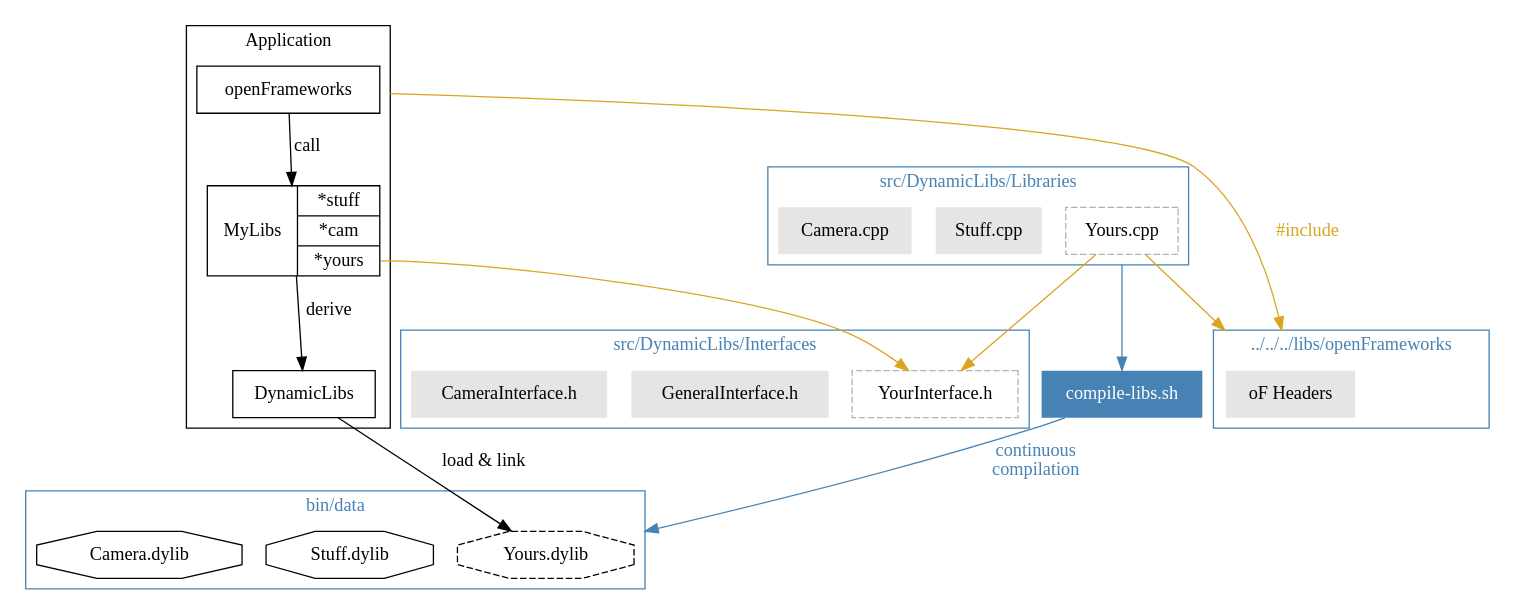
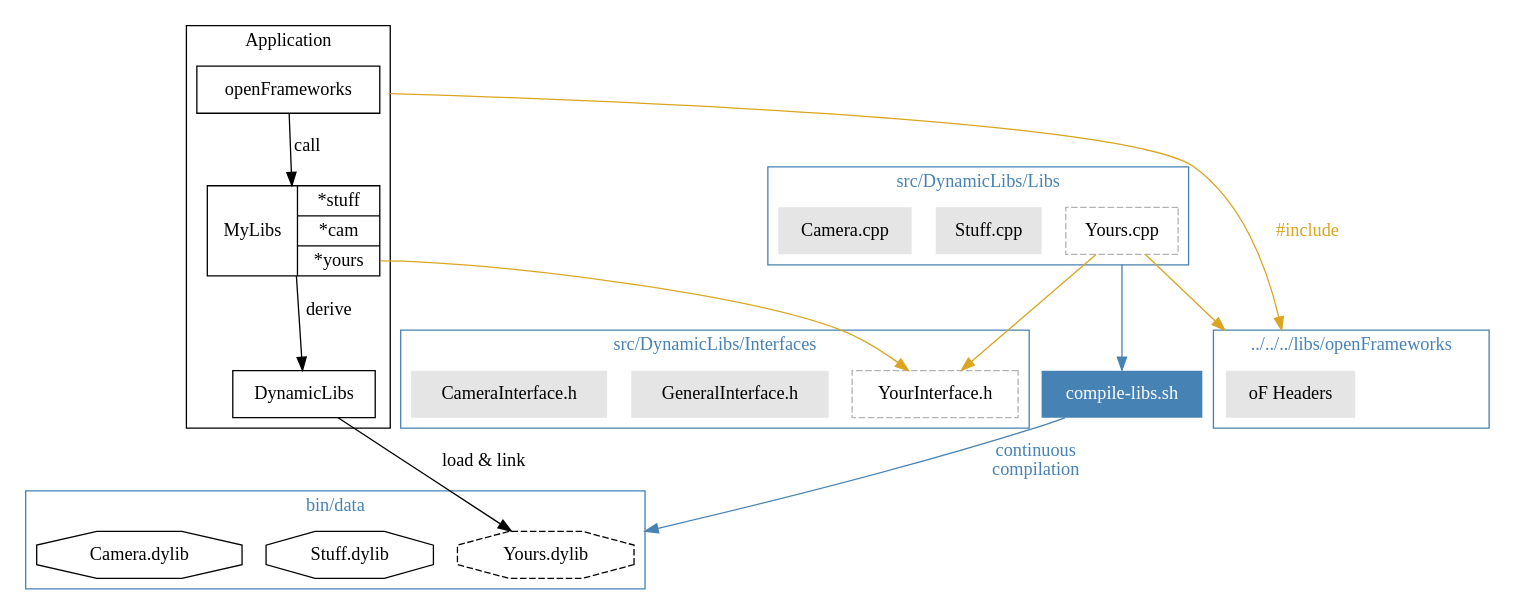
One commit to pdikmann/cpp-livecoding-2 changed the diagram in diagrams/diy.dot. Above: the diagram before and after it, drawn with Graphviz. The commit also changed 4 other files, not shown here.

Commit message:
replace '/Libraries' with '/Libs' (actual dirname)

```diff
--- a/diagrams/diy.dot
+++ b/diagrams/diy.dot
@@ -1,64 +1,64 @@
 digraph G {
   compound=true;
   // splines=line;
   subgraph clusterApp {
     label="Application";
     openFrameworks[shape=box];
     MyLibs[shape=record,label="<r>MyLibs|{<0>*stuff|<1>*cam|<3>*yours}"];
     DynamicLibs[shape=box];
   }
   subgraph clusteroFHeaders {
     label="../../../libs/openFrameworks";
     fontcolor=steelblue;
     color=steelblue;
     //style=dotted;
     oFHeaders[label="oF Headers",shape=plaintext,style=filled,fillcolor=grey90];
   }
   subgraph clusterIFs {
     label="src/DynamicLibs/Interfaces";
     fontcolor=steelblue;
     color=steelblue;
     //style=dotted;
     //style=dashed;
     YourInterface[label="YourInterface.h",shape=box,style="dashed",color=grey70];
     GeneralInterface[label="GeneralInterface.h",shape=plaintext,style=filled,fillcolor=grey90];
     CameraInterface[label="CameraInterface.h",shape=plaintext,style=filled,fillcolor=grey90];
   }
   subgraph clusterLibs {
-    label="src/DynamicLibs/Libraries";
+    label="src/DynamicLibs/Libs";
     fontcolor=steelblue;
     color=steelblue;
     //style=dotted;
     //style=dashed;
     Yours[label="Yours.cpp",shape=box,style="dashed",color=grey70];
     Stuff[label="Stuff.cpp",shape=plaintext,style=filled,fillcolor=grey90];
     Camera[label="Camera.cpp",shape=plaintext,style=filled,fillcolor=grey90];
   }
   subgraph clusterData {
     label="bin/data"
     fontcolor=steelblue;
     color=steelblue;
     //style=dotted;
     YoursL[label="Yours.dylib",style=dashed,shape=octagon];
     StuffL[label="Stuff.dylib",shape=octagon];
     CameraL[label="Camera.dylib",shape=octagon];
   }
   CompileScript [label="compile-libs.sh",shape=plaintext,style=filled,fillcolor=steelblue,fontcolor=white];
   // links
   MyLibs -> DynamicLibs [label="derive"];
   DynamicLibs -> YoursL [label="load & link"];
   MyLibs:3 -> YourInterface [fontcolor=goldenrod,color=goldenrod];
   // MyLibs:0 -> GeneralInterface [label="*",fontcolor="goldenrod"];
   // MyLibs:1 -> CameraInterface [label="*",fontcolor="goldenrod"];
   //
   Yours -> YourInterface [fontcolor=goldenrod,color=goldenrod];
   // Camera -> CameraInterface [label="#include",fontcolor=goldenrod];
   Yours -> oFHeaders [lhead=clusteroFHeaders,fontcolor=goldenrod,color=goldenrod];
   //Stuff -> StuffL[label="compiled\nto",fontcolor=steelblue,color=steelblue];
   Yours -> CompileScript [ltail=clusterLibs,fontcolor=steelblue,color=steelblue];
   CompileScript -> YoursL [lhead=clusterData,fontcolor=steelblue,color=steelblue,label="continuous\ncompilation"];
   // Camera -> CameraL[label="compiles to",fontcolor=red];
   //
   openFrameworks -> oFHeaders [lhead=clusteroFHeaders,ltail=clusterApp,label="#include",fontcolor=goldenrod,color=goldenrod];
   openFrameworks -> MyLibs [label="call"];
 }
```
